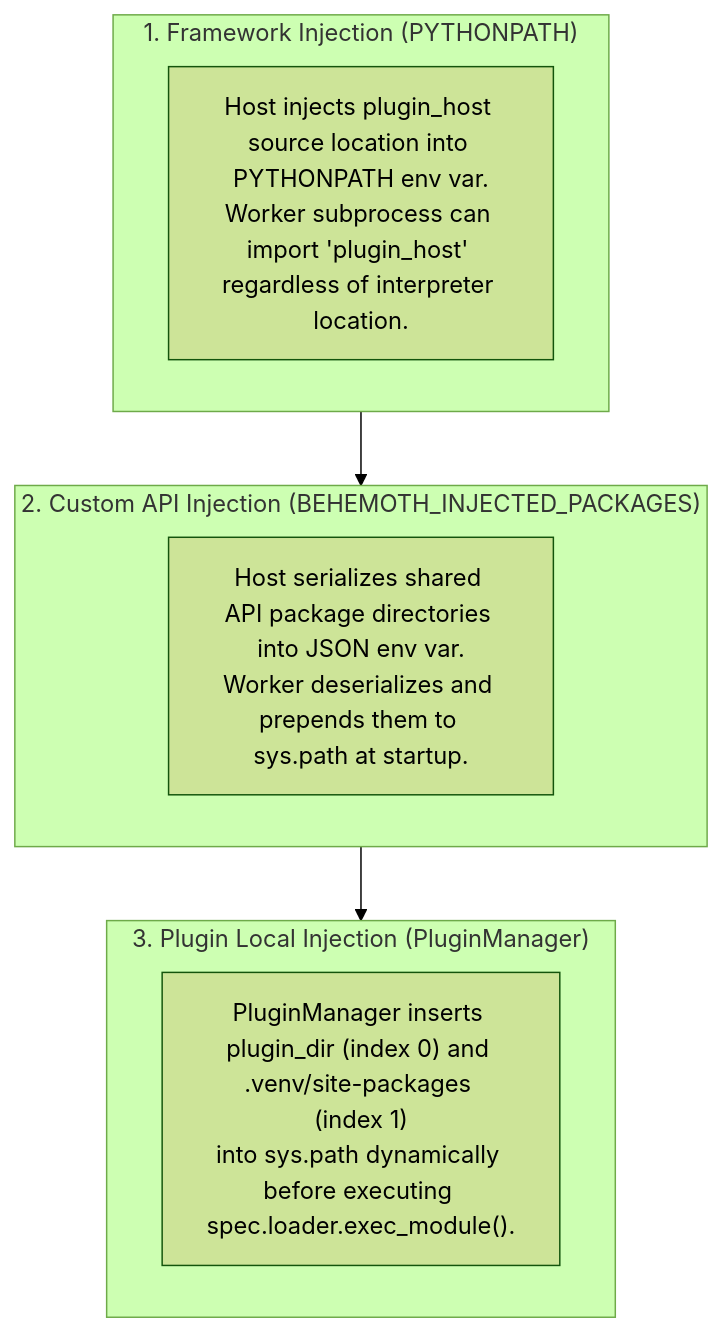
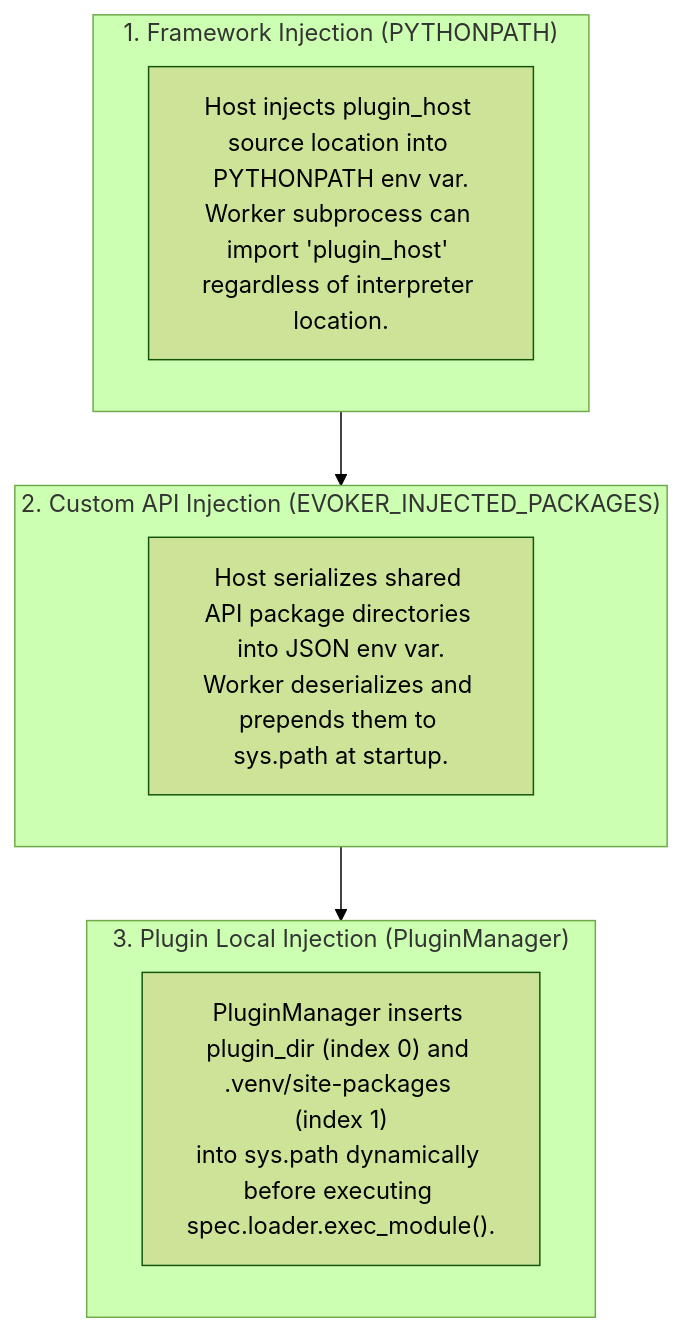
Before and after one commit to vxlk/evoker: the fourth of 4 diagrams in doc/docs/architecture/overview.md, drawn with Mermaid (forest theme). The commit also changed other lines of this file and 1939 other files, not shown here.

````diff
--- a/doc/docs/architecture/overview.md
+++ b/doc/docs/architecture/overview.md
@@ -158,16 +158,16 @@
 ```mermaid
 flowchart TB
     subgraph Layer1["1. Framework Injection (PYTHONPATH)"]
         L1_Desc["Host injects plugin_host source location into PYTHONPATH env var.<br/>Worker subprocess can import 'plugin_host' regardless of interpreter location."]
     end
 
-    subgraph Layer2["2. Custom API Injection (BEHEMOTH_INJECTED_PACKAGES)"]
+    subgraph Layer2["2. Custom API Injection (EVOKER_INJECTED_PACKAGES)"]
         L2_Desc["Host serializes shared API package directories into JSON env var.<br/>Worker deserializes and prepends them to sys.path at startup."]
     end
 
     subgraph Layer3["3. Plugin Local Injection (PluginManager)"]
         L3_Desc["PluginManager inserts plugin_dir (index 0) and .venv/site-packages (index 1)<br/>into sys.path dynamically before executing spec.loader.exec_module()."]
     end
 
     Layer1 --> Layer2 --> Layer3
 ```
````
